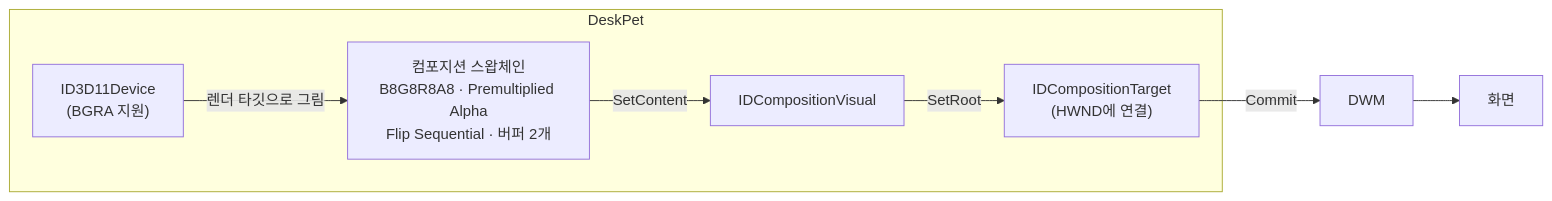
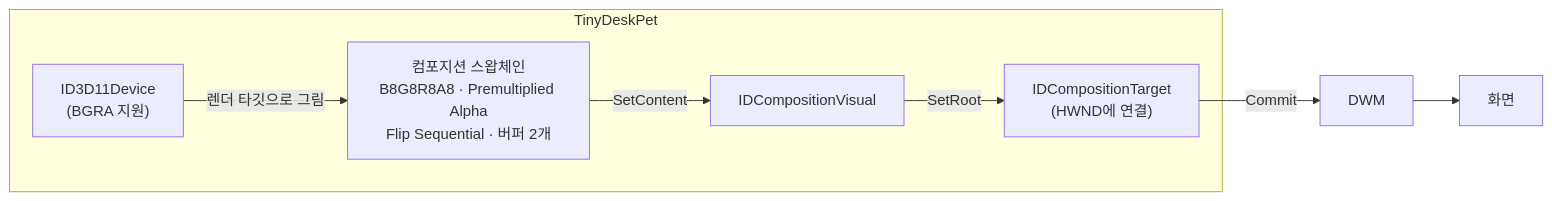
The ninth of 12 diagrams in docs/02-architecture/SAD.md (ChoHye0N/TinyDeskPet), drawn with Mermaid before and after one commit. The commit also changed other lines of this file and 25 other files, not shown here.

First line of the commit message:
build: 프로그램 이름을 저장소와 같은 TinyDeskPet으로 변경 (#38)

````diff
--- a/docs/02-architecture/SAD.md
+++ b/docs/02-architecture/SAD.md
@@ -347,16 +347,16 @@
 ```mermaid
 flowchart LR
-    subgraph DeskPet
+    subgraph TinyDeskPet
         D3D["ID3D11Device<br/>(BGRA 지원)"]
         SC["컴포지션 스왑체인<br/>B8G8R8A8 · Premultiplied Alpha<br/>Flip Sequential · 버퍼 2개"]
         V["IDCompositionVisual"]
         T["IDCompositionTarget<br/>(HWND에 연결)"]
     end
     DWM["DWM"]
     Screen["화면"]
     D3D -- "렌더 타깃으로 그림" --> SC
     SC -- "SetContent" --> V
     V -- "SetRoot" --> T
     T -- "Commit" --> DWM
     DWM --> Screen
 ```
````
